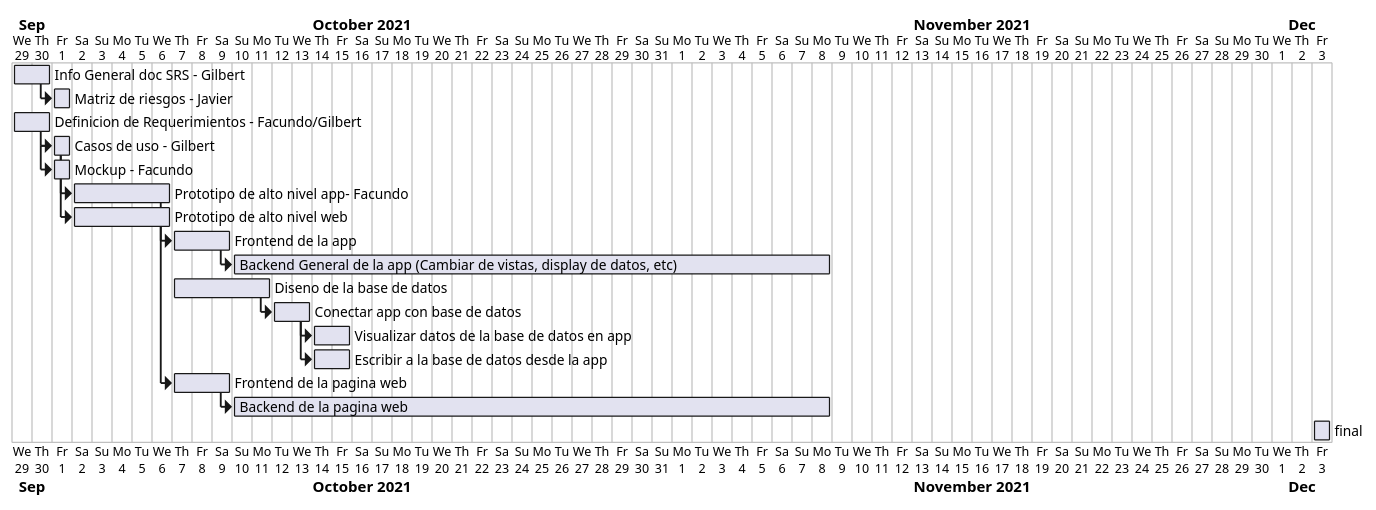
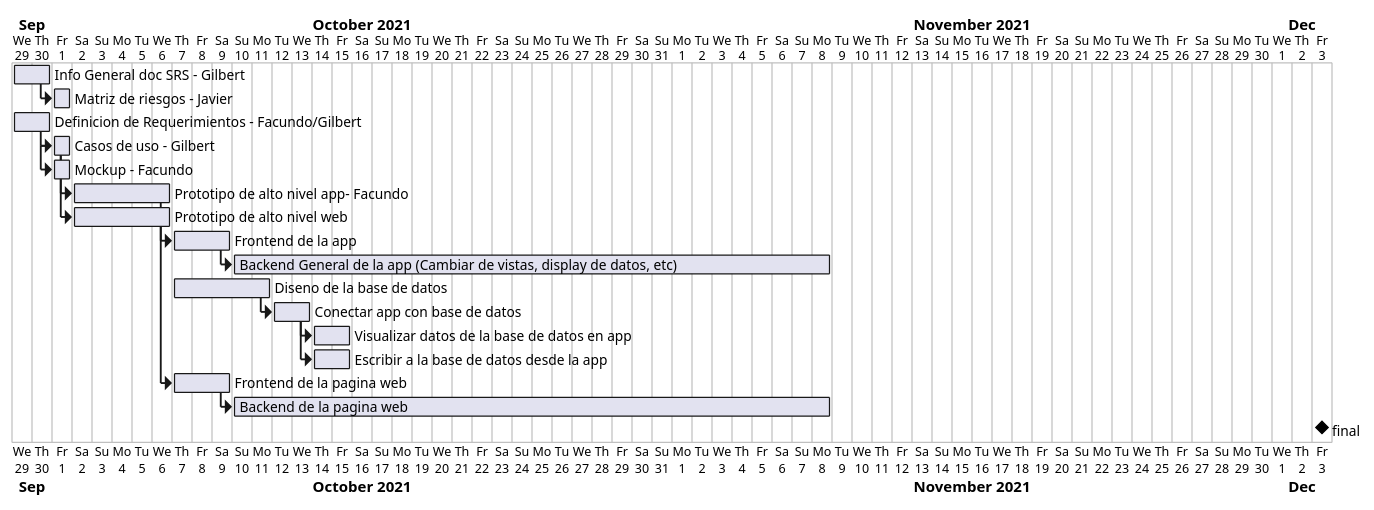
One commit to facund015/codeRelatedObsidianNotes changed the diagram in Reto/Diagramas.md. Above: the diagram before and after it, drawn with PlantUML.

Commit message:
vault backup: 2021-10-05 09:54:52

````diff
--- a/Reto/Diagramas.md
+++ b/Reto/Diagramas.md
@@ -2,33 +2,33 @@
 ```plantuml
 
 @startgantt
 Project starts 2021-09-29
 
 [Info General doc SRS - Gilbert] as [SRS] lasts 2 days and starts 2021-09-29
 [Matriz de riesgos - Javier] as [MR] lasts 1 days and starts at [SRS]'s end
 
 [Definicion de Requerimientos - Facundo/Gilbert] as [DR] lasts 2 day and starts 2021-09-29
 [Casos de uso - Gilbert] as [CS] lasts 1 day and starts at [DR]'s end
 [Mockup - Facundo] as [MP] lasts 1 days and starts at [CS]'s start
 
 [Prototipo de alto nivel app- Facundo] as [PAN] lasts 5 days and starts at [CS]'s end
 [Prototipo de alto nivel web] as [PAW] lasts 5 days and starts at [CS]'s end
 
 [Frontend de la app] as [FEA] lasts 3 days and starts at [PAN]'s end
 [Backend General de la app (Cambiar de vistas, display de datos, etc)] as [BGA] lasts 30 days and starts at [FEA]'s end
 
 [Diseno de la base de datos] as [DBD] lasts 5 days and starts 2021-10-7
 [Conectar app con base de datos] as [CBD] lasts 2 days and starts at [DBD]'s end
 [Visualizar datos de la base de datos en app] as [VBD] lasts 2 days and starts at [CBD]'s end
 [Escribir a la base de datos desde la app] as [EBD] lasts 2 days and starts at [CBD]'s end
 
 [Frontend de la pagina web] as [FPW] lasts 3 days and starts at [PAW]'s end
 [Backend de la pagina web] as [BPW] lasts 30 days and starts at [FPW]'s end
 
-[final] starts 2021-12-3
+[final] happens 2021-12-3
 
 @endgantt
 
 
 
 ```
````
